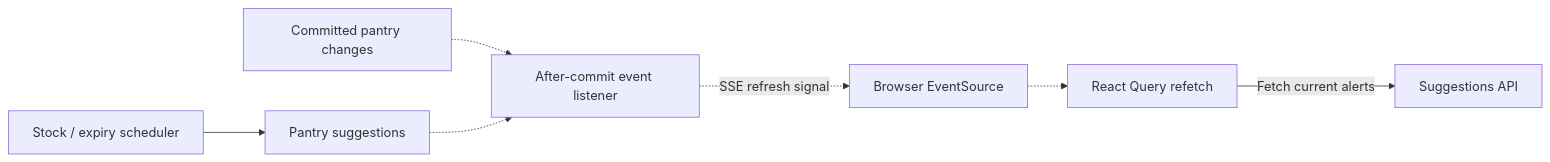
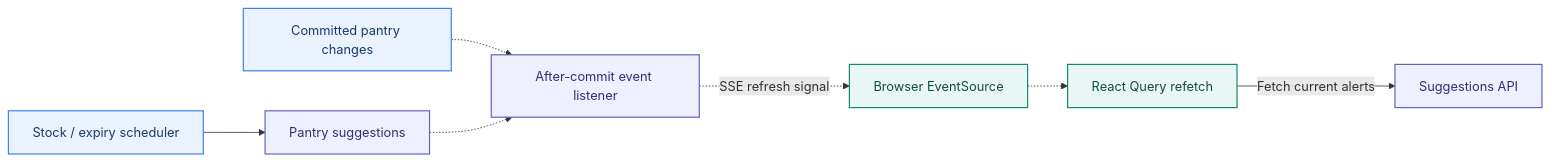
One commit to chankiahuja/pantry-pal changed the third of 7 diagrams in docs/ARCHITECTURE.md. Above: the diagram before and after it, drawn with Mermaid. The commit also changed other lines of this file, not shown here.

Commit message:
docs: visually style architecture diagrams with consistent Mermaid palette and sequence numbering

````diff
--- a/docs/ARCHITECTURE.md
+++ b/docs/ARCHITECTURE.md
@@ -39,9 +57,16 @@
 ```mermaid
 flowchart LR
     Writes["Committed pantry changes"] -.-> Listener["After-commit event listener"]
     Schedule["Stock / expiry scheduler"] --> Service["Pantry suggestions"]
     Service -.-> Listener
     Listener -.->|"SSE refresh signal"| Browser["Browser EventSource"]
     Browser -.-> Refresh["React Query refetch"]
     Refresh -->|"Fetch current alerts"| API["Suggestions API"]
+
+    classDef trigger fill:#EAF2FF,stroke:#3B82F6,color:#163A6B,stroke-width:1.5px
+    classDef process fill:#EEF0FF,stroke:#6661C5,color:#332E72,stroke-width:1.5px
+    classDef signal fill:#E8F7F3,stroke:#138A72,color:#124D41,stroke-width:1.5px
+    class Writes,Schedule trigger
+    class Listener,Service,API process
+    class Browser,Refresh signal
 ```
````
